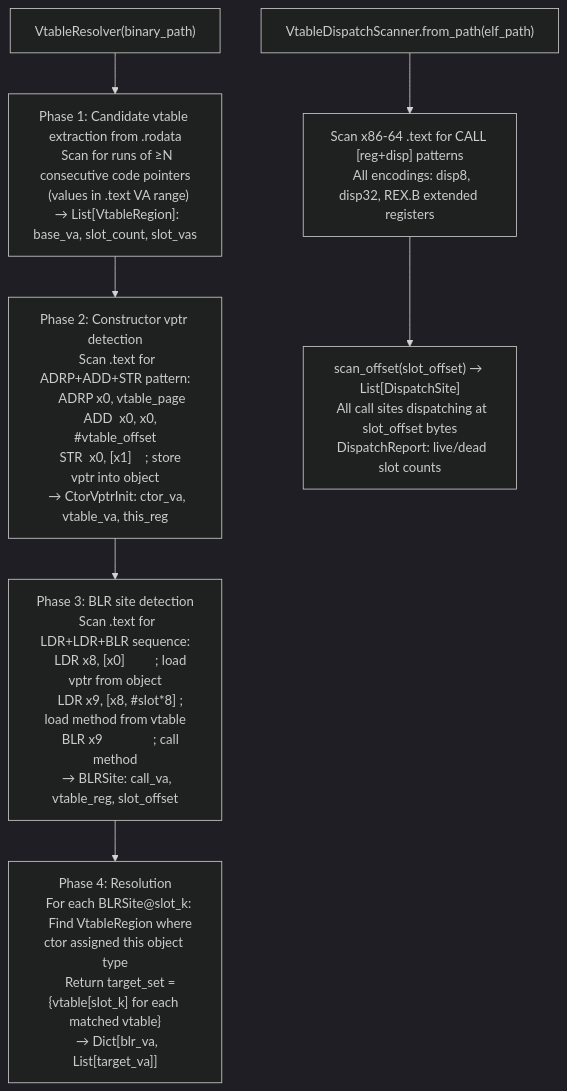
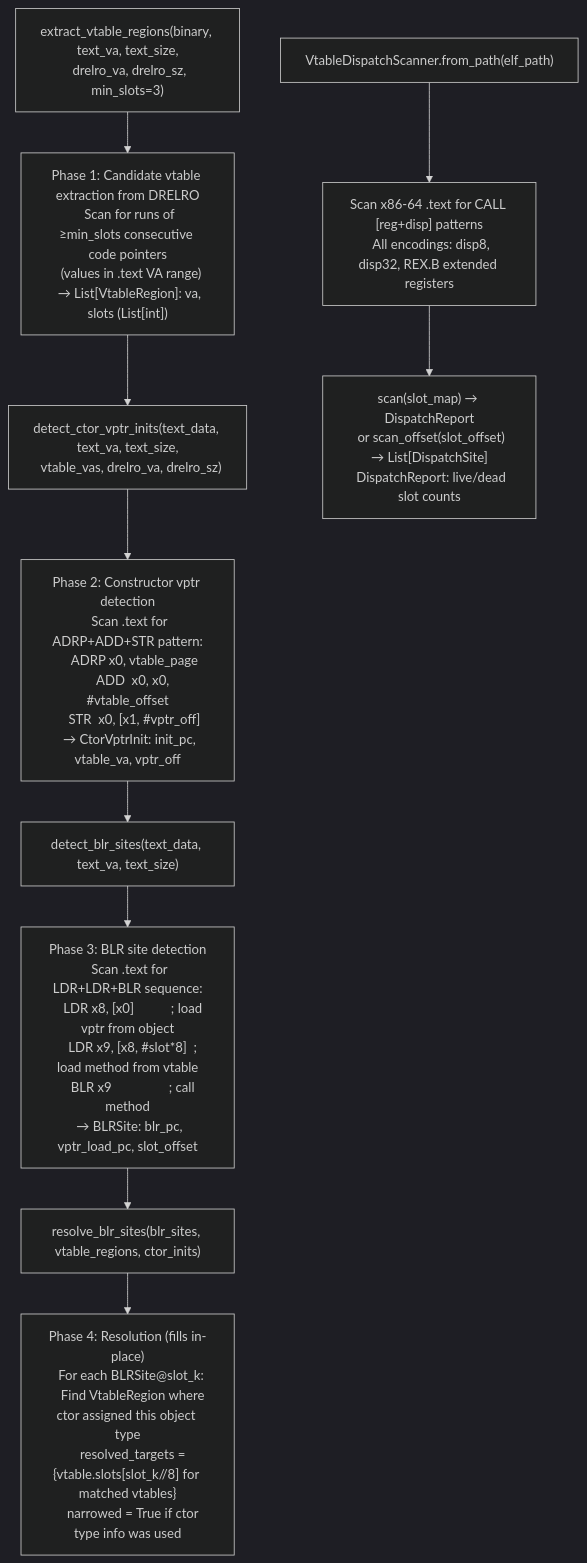
Before and after one commit to Ablation-Tool/ablation: the diagram in docs/reference-modules/arm64-virtual-call-resolution.md, drawn with Mermaid (dark theme). The commit also changed other lines of this file and 4 other files, not shown here.

````diff
--- a/docs/reference-modules/arm64-virtual-call-resolution.md
+++ b/docs/reference-modules/arm64-virtual-call-resolution.md
@@ -19,10 +19,13 @@
 ```mermaid
 flowchart TD
-    A["VtableResolver(binary_path)"] --> B["Phase 1: Candidate vtable extraction from .rodata\n  Scan for runs of ≥N consecutive code pointers\n  (values in .text VA range)\n  → List[VtableRegion]: base_va, slot_count, slot_vas"]
-    B --> C["Phase 2: Constructor vptr detection\n  Scan .text for ADRP+ADD+STR pattern:\n    ADRP x0, vtable_page\n    ADD  x0, x0, #vtable_offset\n    STR  x0, [x1]    ; store vptr into object\n  → CtorVptrInit: ctor_va, vtable_va, this_reg"]
-    C --> D["Phase 3: BLR site detection\n  Scan .text for LDR+LDR+BLR sequence:\n    LDR x8, [x0]         ; load vptr from object\n    LDR x9, [x8, #slot*8] ; load method from vtable\n    BLR x9               ; call method\n  → BLRSite: call_va, vtable_reg, slot_offset"]
-    D --> E["Phase 4: Resolution\n  For each BLRSite@slot_k:\n    Find VtableRegion where ctor assigned this object type\n    Return target_set = {vtable[slot_k] for each matched vtable}\n  → Dict[blr_va, List[target_va]]"]
+    A["extract_vtable_regions(binary, text_va, text_size,\n  drelro_va, drelro_sz, min_slots=3)"] --> B["Phase 1: Candidate vtable extraction from DRELRO\n  Scan for runs of ≥min_slots consecutive code pointers\n  (values in .text VA range)\n  → List[VtableRegion]: va, slots (List[int])"]
+    B --> C["detect_ctor_vptr_inits(text_data, text_va, text_size,\n  vtable_vas, drelro_va, drelro_sz)"] 
+    C --> C2["Phase 2: Constructor vptr detection\n  Scan .text for ADRP+ADD+STR pattern:\n    ADRP x0, vtable_page\n    ADD  x0, x0, #vtable_offset\n    STR  x0, [x1, #vptr_off]\n  → CtorVptrInit: init_pc, vtable_va, vptr_off"]
+    C2 --> D["detect_blr_sites(text_data, text_va, text_size)"]
+    D --> D2["Phase 3: BLR site detection\n  Scan .text for LDR+LDR+BLR sequence:\n    LDR x8, [x0]           ; load vptr from object\n    LDR x9, [x8, #slot*8]  ; load method from vtable\n    BLR x9                 ; call method\n  → BLRSite: blr_pc, vptr_load_pc, slot_offset"]
+    D2 --> E["resolve_blr_sites(blr_sites, vtable_regions, ctor_inits)"]
+    E --> E2["Phase 4: Resolution (fills in-place)\n  For each BLRSite@slot_k:\n    Find VtableRegion where ctor assigned this object type\n    resolved_targets = {vtable.slots[slot_k//8] for matched vtables}\n    narrowed = True if ctor type info was used"]
 
     F["VtableDispatchScanner.from_path(elf_path)"] --> G["Scan x86-64 .text for CALL [reg+disp] patterns\n  All encodings: disp8, disp32, REX.B extended registers"]
-    G --> H["scan_offset(slot_offset) → List[DispatchSite]\n  All call sites dispatching at slot_offset bytes\n  DispatchReport: live/dead slot counts"]
+    G --> H["scan(slot_map) → DispatchReport\n  or scan_offset(slot_offset) → List[DispatchSite]\n  DispatchReport: live/dead slot counts"]
 ```
````
